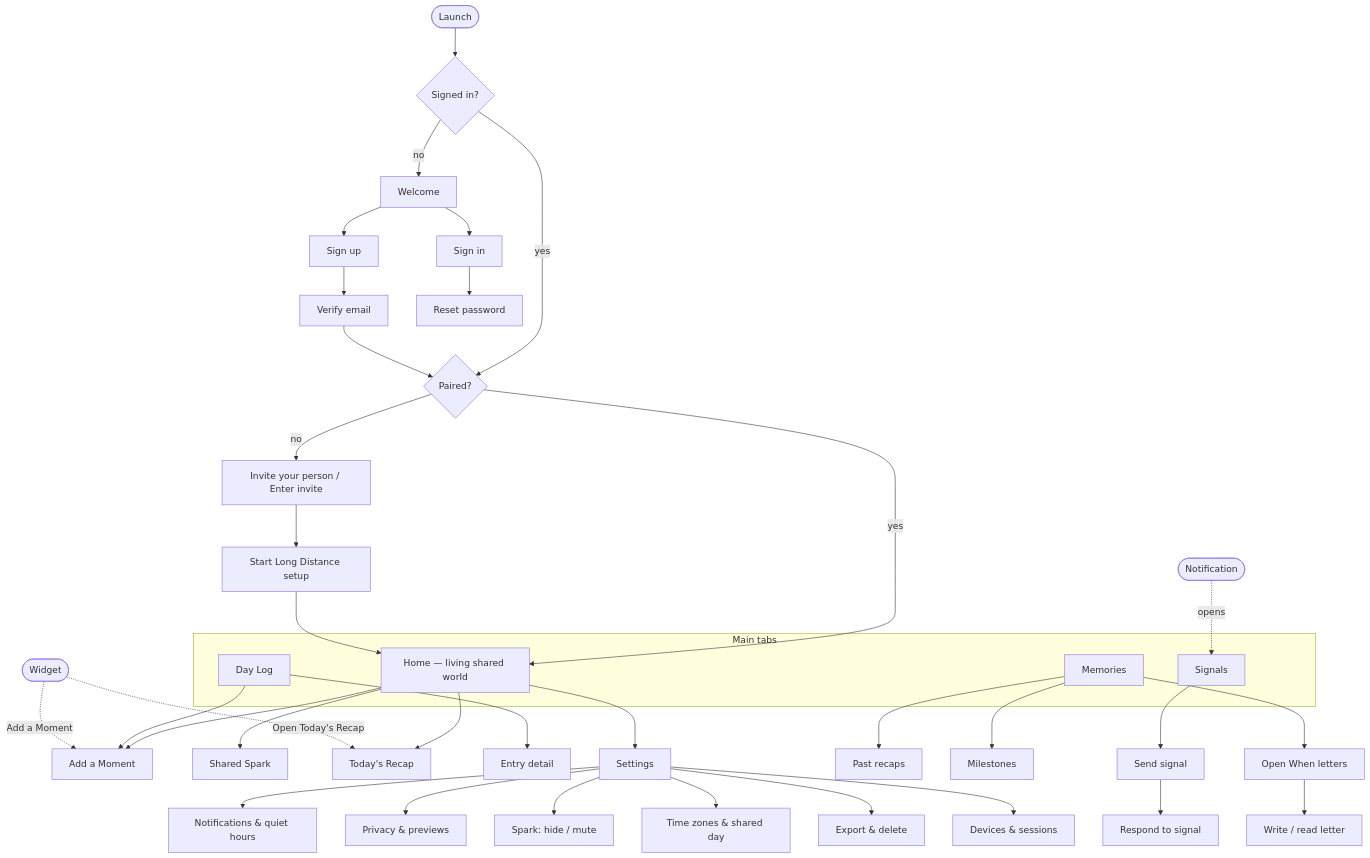
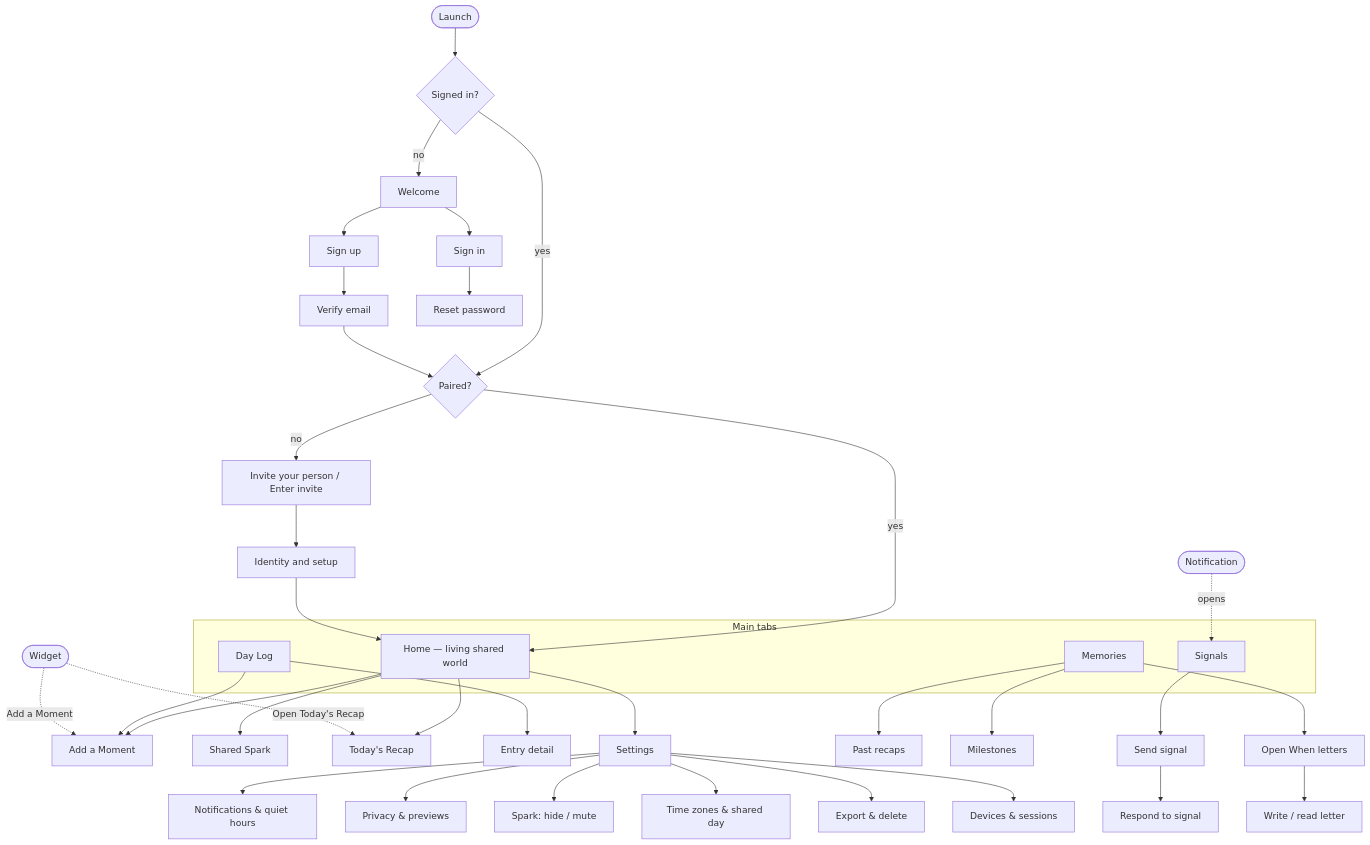
One commit to Ludis-ET/Garnet changed the diagram in docs/ux/sitemap.md. Above: the diagram before and after it, drawn with Mermaid. The commit also changed other lines of this file and 222 other files, not shown here.

````diff
--- a/docs/ux/sitemap.md
+++ b/docs/ux/sitemap.md
@@ -5,41 +5,41 @@
 ```mermaid
 flowchart TD
   Launch([Launch]) --> Auth{Signed in?}
   Auth -- no --> Welcome[Welcome] --> SignUp[Sign up] --> Verify[Verify email]
   Welcome --> SignIn[Sign in] --> Reset[Reset password]
   Auth -- yes --> Paired{Paired?}
   Verify --> Paired
   Paired -- no --> Pair[Invite your person / Enter invite]
-  Pair --> Setup[Start Long Distance setup]
+  Pair --> Setup[Identity and setup]
   Paired -- yes --> Home
 
   subgraph Tabs[Main tabs]
     Home[Home — living shared world]
     DayLog[Day Log]
     Signals[Signals]
     Memories[Memories]
   end
   Setup --> Home
 
   Home --> AddMoment[Add a Moment]
   Home --> Spark[Shared Spark]
   Home --> Recap[Today's Recap]
   DayLog --> AddMoment
   DayLog --> Entry[Entry detail]
   Signals --> SendSignal[Send signal] --> Respond[Respond to signal]
   Memories --> PastRecaps[Past recaps]
   Memories --> Milestones[Milestones]
   Memories --> OpenWhen[Open When letters] --> Letter[Write / read letter]
 
   Home --> Settings[Settings]
   Settings --> Notif[Notifications & quiet hours]
   Settings --> Privacy[Privacy & previews]
   Settings --> SparkPrefs[Spark: hide / mute]
   Settings --> TimeZones[Time zones & shared day]
   Settings --> Data[Export & delete]
   Settings --> Sessions[Devices & sessions]
 
   Widget([Widget]) -. Add a Moment .-> AddMoment
   Widget -. Open Today's Recap .-> Recap
   Push([Notification]) -. opens .-> Signals
 ```
````
